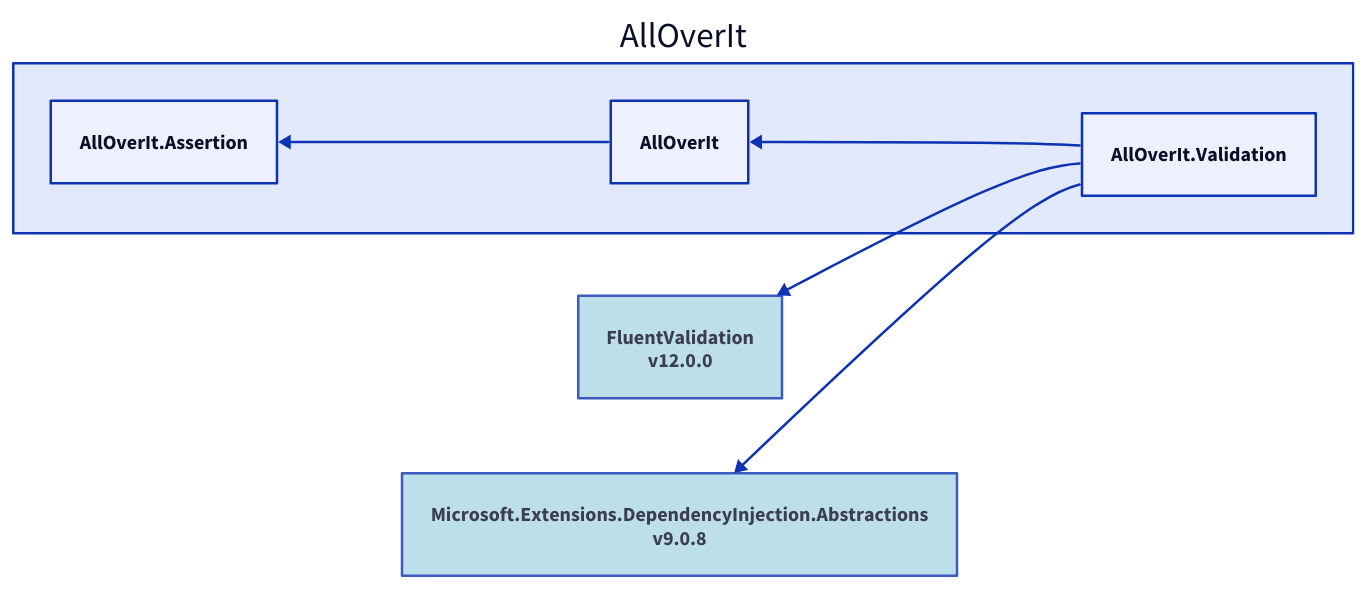
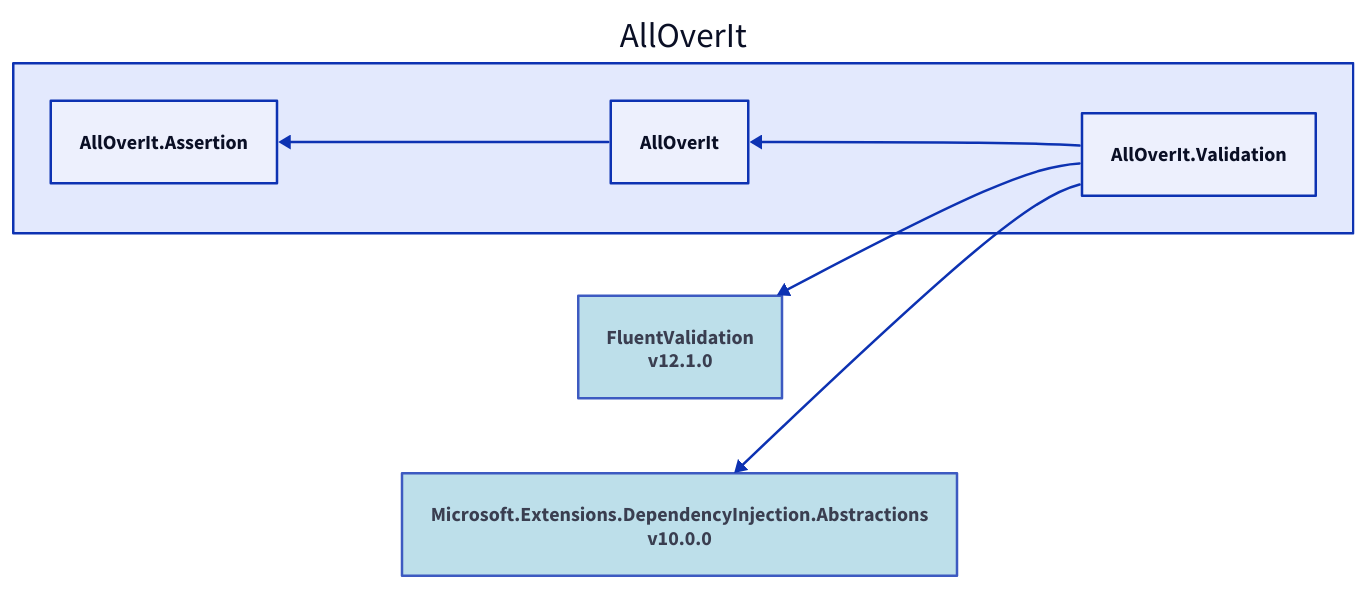
The diagram in Docs/Reference/Content/images/dependencies/net9.0/alloverit-validation.d2 (mjfreelancing/AllOverIt), drawn with D2 before and after one commit. The commit also changed 300 other files, not shown here.

```diff
--- a/Docs/Reference/Content/images/dependencies/net9.0/alloverit-validation.d2
+++ b/Docs/Reference/Content/images/dependencies/net9.0/alloverit-validation.d2
@@ -1,16 +1,16 @@
 direction: left
 
 aoi: AllOverIt
 aoi.alloverit-validation: AllOverIt.Validation
-fluentvalidation_12-0-0: FluentValidation\nv12.0.0
-fluentvalidation_12-0-0.style.fill: "#ADD8E6"
-fluentvalidation_12-0-0.style.opacity: 0.8
-fluentvalidation_12-0-0 <- aoi.alloverit-validation
-microsoft-extensions-dependencyinjection-abstractions_9-0-8: Microsoft.Extensions.DependencyInjection.Abstractions\nv9.0.8
-microsoft-extensions-dependencyinjection-abstractions_9-0-8.style.fill: "#ADD8E6"
-microsoft-extensions-dependencyinjection-abstractions_9-0-8.style.opacity: 0.8
-microsoft-extensions-dependencyinjection-abstractions_9-0-8 <- aoi.alloverit-validation
+fluentvalidation_12-1-0: FluentValidation\nv12.1.0
+fluentvalidation_12-1-0.style.fill: "#ADD8E6"
+fluentvalidation_12-1-0.style.opacity: 0.8
+fluentvalidation_12-1-0 <- aoi.alloverit-validation
+microsoft-extensions-dependencyinjection-abstractions_10-0-0: Microsoft.Extensions.DependencyInjection.Abstractions\nv10.0.0
+microsoft-extensions-dependencyinjection-abstractions_10-0-0.style.fill: "#ADD8E6"
+microsoft-extensions-dependencyinjection-abstractions_10-0-0.style.opacity: 0.8
+microsoft-extensions-dependencyinjection-abstractions_10-0-0 <- aoi.alloverit-validation
 aoi.alloverit: AllOverIt
 aoi.alloverit-assertion: AllOverIt.Assertion
 aoi.alloverit-assertion <- aoi.alloverit
 aoi.alloverit <- aoi.alloverit-validation
```
